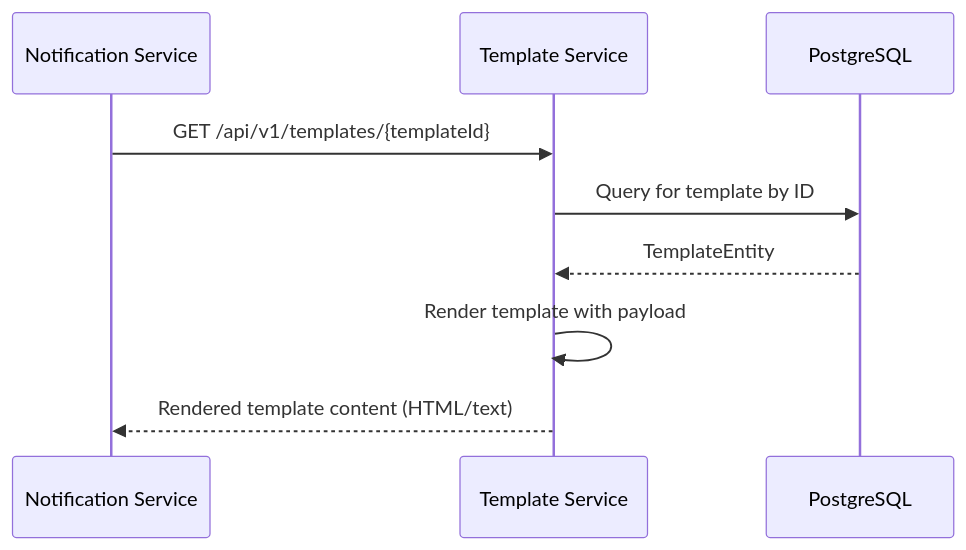
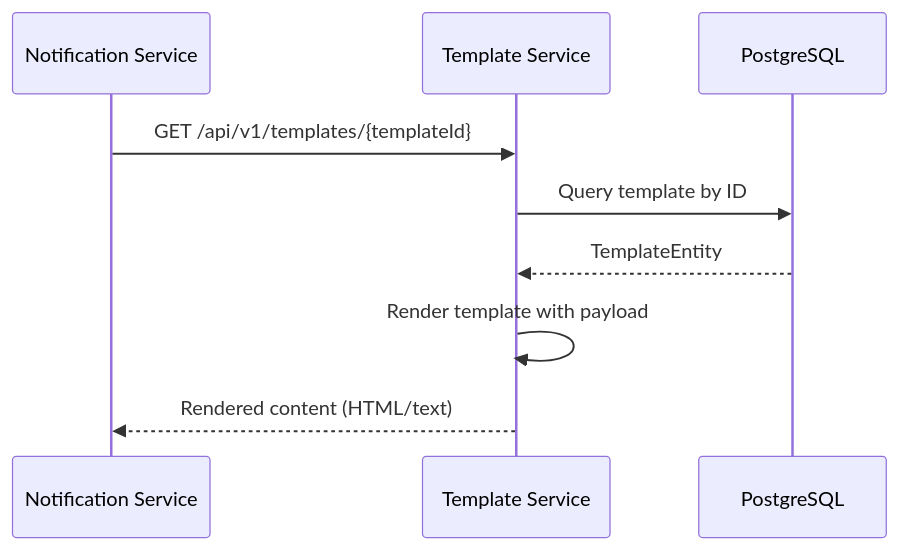
The fourth of 5 diagrams in README.md (abhim8/notification-platform), drawn with Mermaid before and after one commit. The commit also changed other lines of this file and 7 other files, not shown here.

````diff
--- a/README.md
+++ b/README.md
@@ -295,12 +155,12 @@
 ```mermaid
 sequenceDiagram
     participant NS as Notification Service
     participant TS as Template Service
     participant DB as PostgreSQL
 
     NS->>TS: GET /api/v1/templates/{templateId}
-    TS->>DB: Query for template by ID
+    TS->>DB: Query template by ID
     DB-->>TS: TemplateEntity
     TS->>TS: Render template with payload
-    TS-->>NS: Rendered template content (HTML/text)
+    TS-->>NS: Rendered content (HTML/text)
 ```
````
